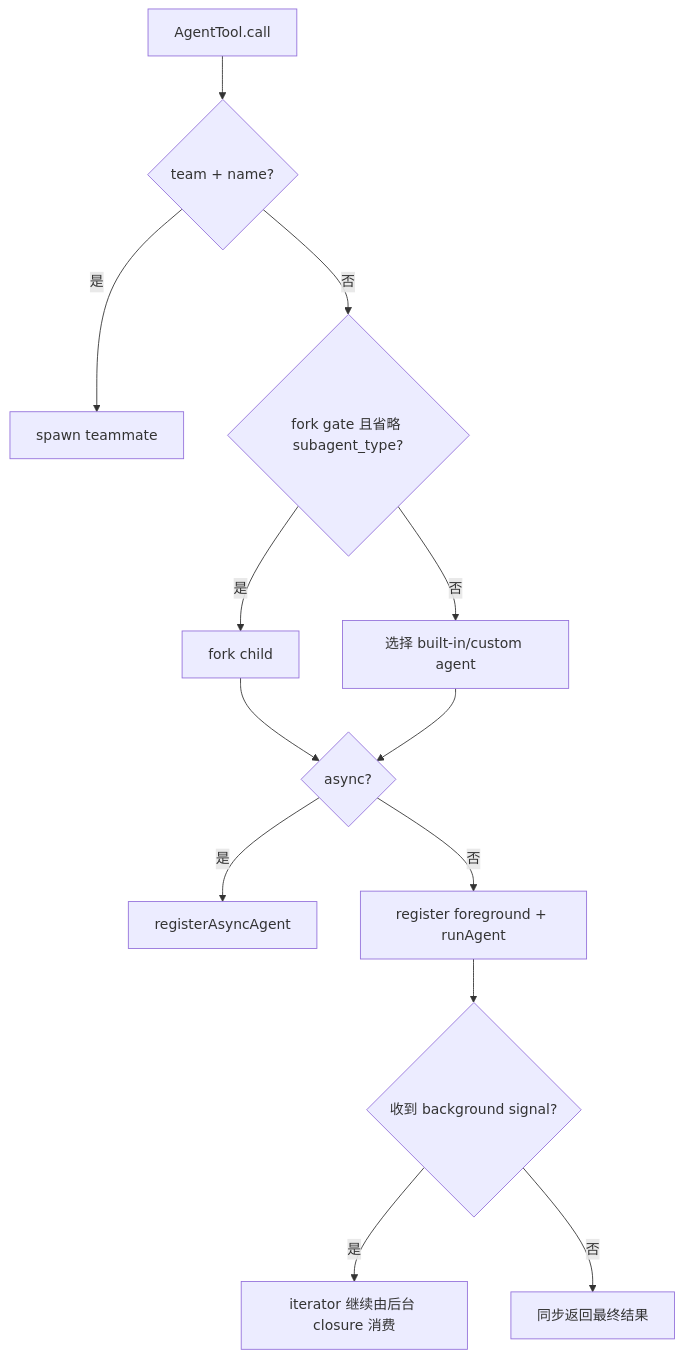
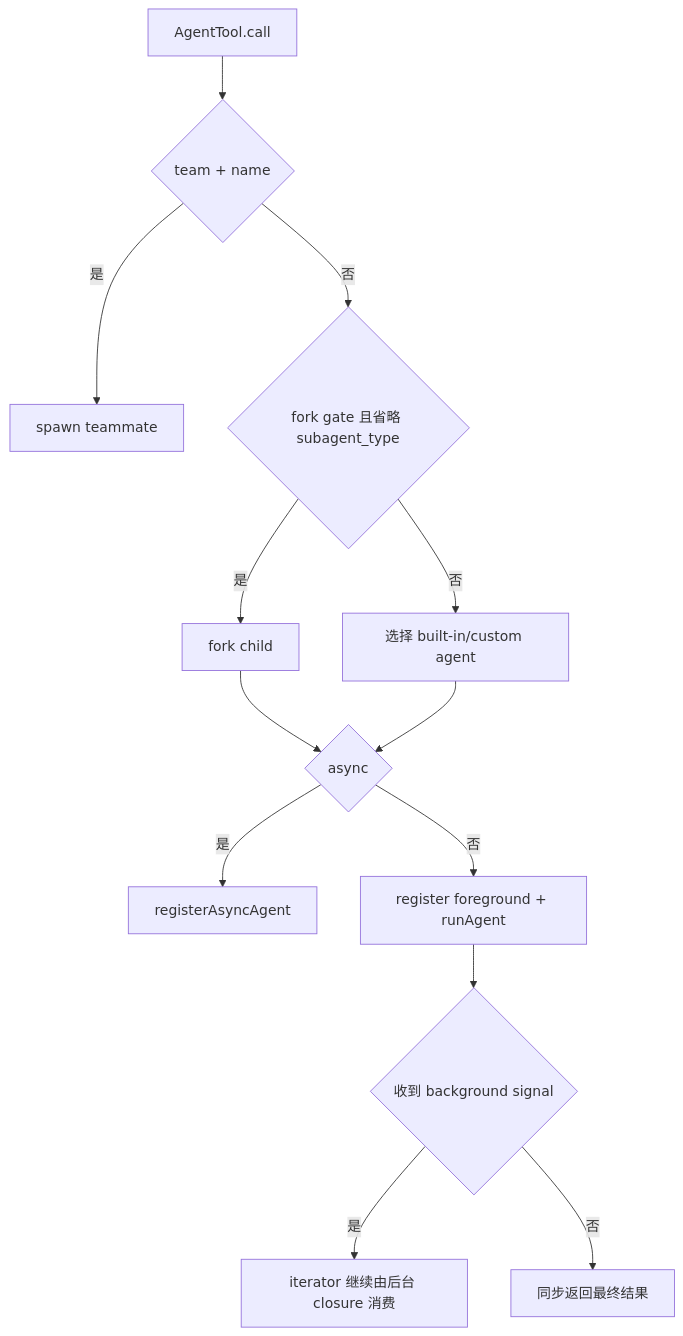
The diagram in docs/project-guide/08-agents-tasks-orchestration.md (Hanxcellent/openclaude), drawn with Mermaid before and after one commit. The commit also changed other lines of this file and 22 other files, not shown here.

````diff
--- a/docs/project-guide/08-agents-tasks-orchestration.md
+++ b/docs/project-guide/08-agents-tasks-orchestration.md
@@ -42,15 +42,15 @@
 ```mermaid
 flowchart TD
-  A[AgentTool.call] --> B{team + name?}
+  A[AgentTool.call] --> B{team + name}
   B -- 是 --> C[spawn teammate]
-  B -- 否 --> D{fork gate 且省略 subagent_type?}
+  B -- 否 --> D{fork gate 且省略 subagent_type}
   D -- 是 --> E[fork child]
   D -- 否 --> F[选择 built-in/custom agent]
-  E --> G{async?}
+  E --> G{async}
   F --> G
   G -- 是 --> H[registerAsyncAgent]
   G -- 否 --> I[register foreground + runAgent]
-  I --> J{收到 background signal?}
+  I --> J{收到 background signal}
   J -- 是 --> K[iterator 继续由后台 closure 消费]
   J -- 否 --> L[同步返回最终结果]
 ```
````
